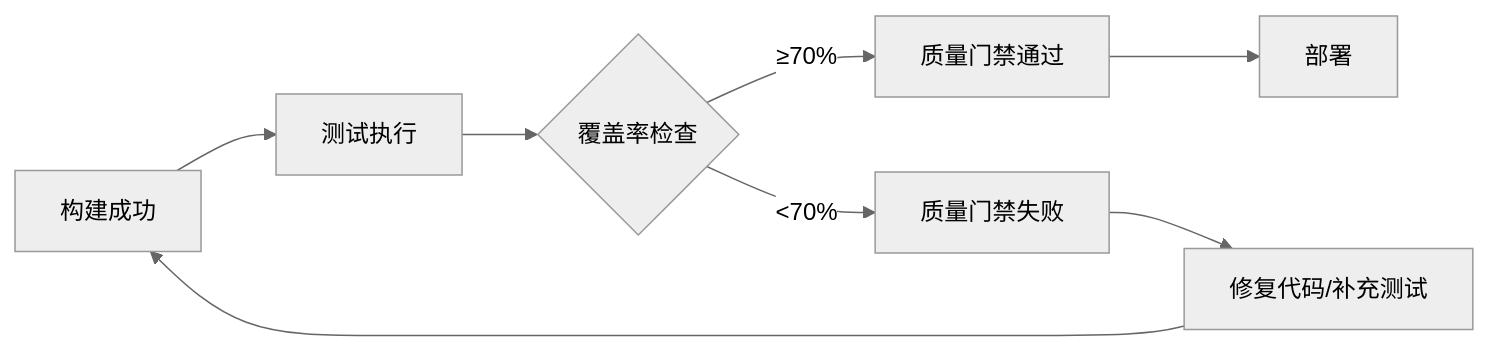
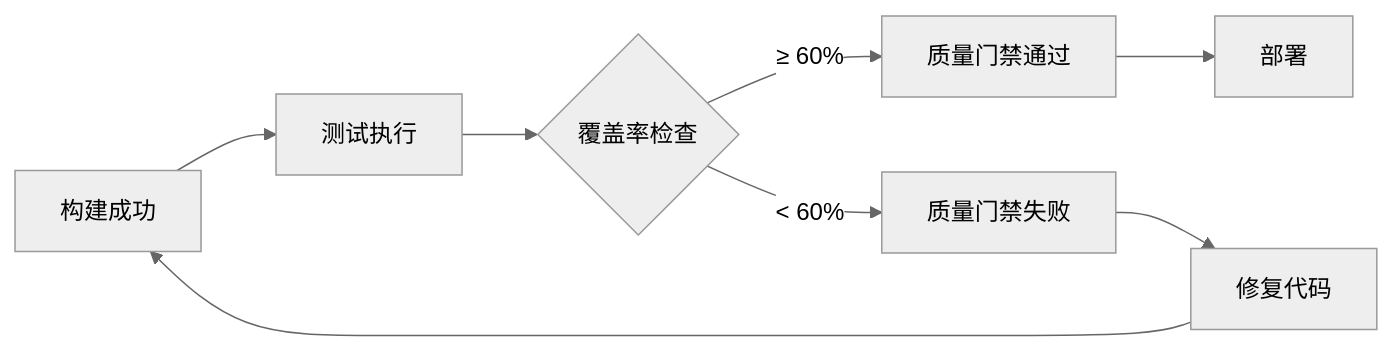
One commit to ChenLiyan-GT/RuoYi-Vue changed the third of 3 diagrams in ruoyi-admin/.gientech/wiki/测试策略.md. Above: the diagram before and after it, drawn with Mermaid (neutral theme). The commit also changed other lines of this file and 82 other files, not shown here.

````diff
--- a/ruoyi-admin/.gientech/wiki/测试策略.md
+++ b/ruoyi-admin/.gientech/wiki/测试策略.md
@@ -614,10 +301,10 @@
 ```mermaid
 graph LR
-Build[构建成功] --> TestExecution[测试执行]
-TestExecution --> CoverageCheck{覆盖率检查}
-CoverageCheck --> |≥70%| QualityGate[质量门禁通过]
-CoverageCheck --> |<70%| QualityGateFail[质量门禁失败]
-QualityGate --> Deployment[部署]
-QualityGateFail --> FixCode[修复代码/补充测试]
+Build[构建成功] --> TestExec[测试执行]
+TestExec --> CoverageCheck{覆盖率检查}
+CoverageCheck --> |≥ 60%| GatePass[质量门禁通过]
+CoverageCheck --> |< 60%| GateFail[质量门禁失败]
+GatePass --> Deploy[部署]
+GateFail --> FixCode[修复代码]
 FixCode --> Build
 ```
````
